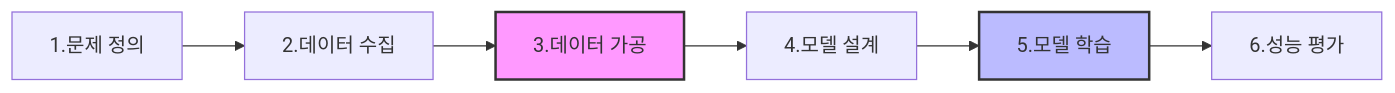
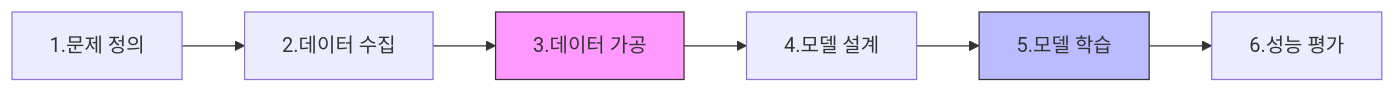
One commit to sijoon-sung/pytorch-study-notes changed the diagram in CHAP_1/Concept/1장.md. Above: the diagram before and after it, drawn with Mermaid. The commit also changed other lines of this file and 2 other files, not shown here.

````diff
--- a/CHAP_1/Concept/1장.md
+++ b/CHAP_1/Concept/1장.md
@@ -222,11 +134,10 @@
 ```mermaid
 graph LR
     A[1.문제 정의] --> B[2.데이터 수집]
     B --> C[3.데이터 가공]
     C --> D[4.모델 설계]
     D --> E[5.모델 학습]
     E --> F[6.성능 평가]
-    
-    style C fill:#f9f,stroke:#333,stroke-width:2px
-    style E fill:#bbf,stroke:#333,stroke-width:2px
+    style C fill:#f9f,stroke:#333
+    style E fill:#bbf,stroke:#333
 ```
````
